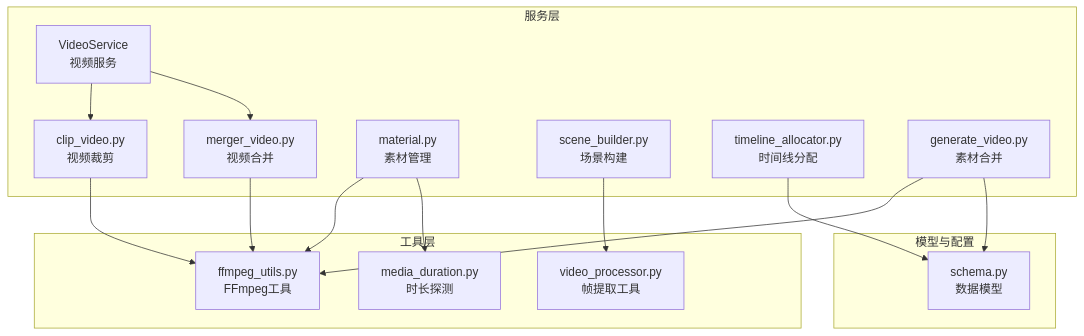
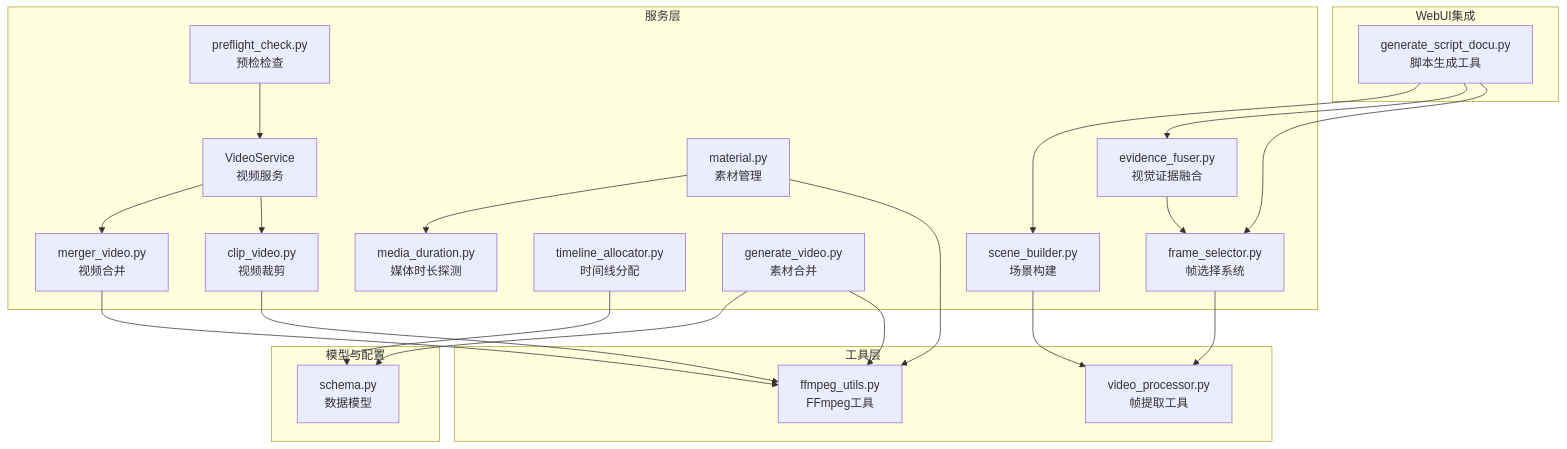
Before and after one commit to wowoduang/AIVideoClaude: the first of 7 diagrams in .qoder/repowiki/zh/content/核心功能/视频处理服务/视频处理服务.md, drawn with Mermaid. The commit also changed other lines of this file and 26 other files, not shown here.

````diff
--- a/.qoder/repowiki/zh/content/核心功能/视频处理服务/视频处理服务.md
+++ b/.qoder/repowiki/zh/content/核心功能/视频处理服务/视频处理服务.md
@@ -44,30 +61,42 @@
 ```mermaid
 graph TB
 subgraph "服务层"
 VS["VideoService<br/>视频服务"]
 CL["clip_video.py<br/>视频裁剪"]
 MG["merger_video.py<br/>视频合并"]
 MT["material.py<br/>素材管理"]
 SC["scene_builder.py<br/>场景构建"]
 TL["timeline_allocator.py<br/>时间线分配"]
 GV["generate_video.py<br/>素材合并"]
+FS["frame_selector.py<br/>帧选择系统"]
+EF["evidence_fuser.py<br/>视觉证据融合"]
+MD["media_duration.py<br/>媒体时长探测"]
+PC["preflight_check.py<br/>预检检查"]
 end
 subgraph "工具层"
 FU["ffmpeg_utils.py<br/>FFmpeg工具"]
 VP["video_processor.py<br/>帧提取工具"]
-MD["media_duration.py<br/>时长探测"]
 end
 subgraph "模型与配置"
 SCH["schema.py<br/>数据模型"]
+end
+subgraph "WebUI集成"
+GSD["generate_script_docu.py<br/>脚本生成工具"]
 end
 VS --> CL
 VS --> MG
 CL --> FU
 MG --> FU
 MT --> FU
 MT --> MD
 SC --> VP
 GV --> FU
 GV --> SCH
 TL --> SCH
+FS --> VP
+EF --> FS
+PC --> VS
+GSD --> FS
+GSD --> EF
+GSD --> SC
 ```
````
